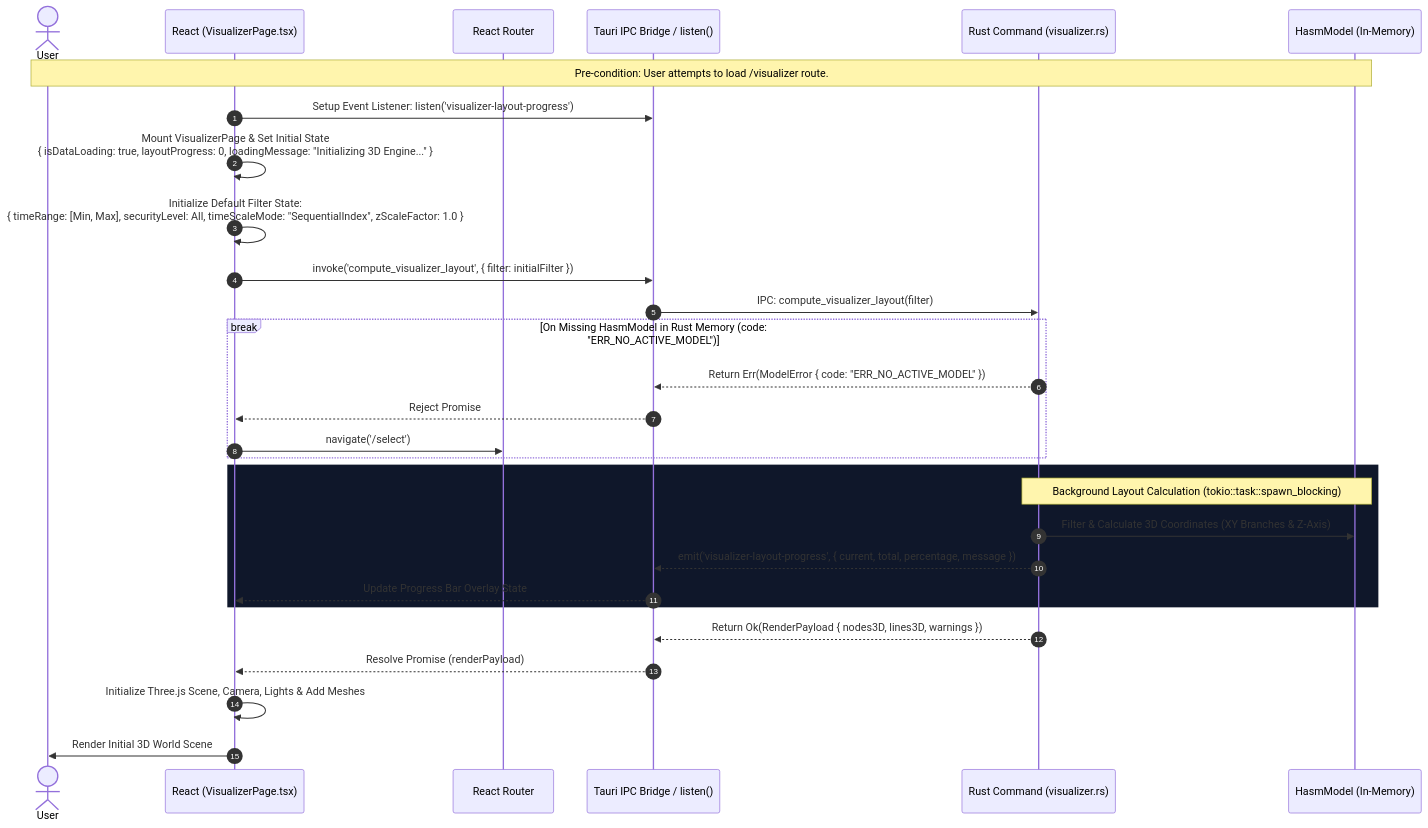
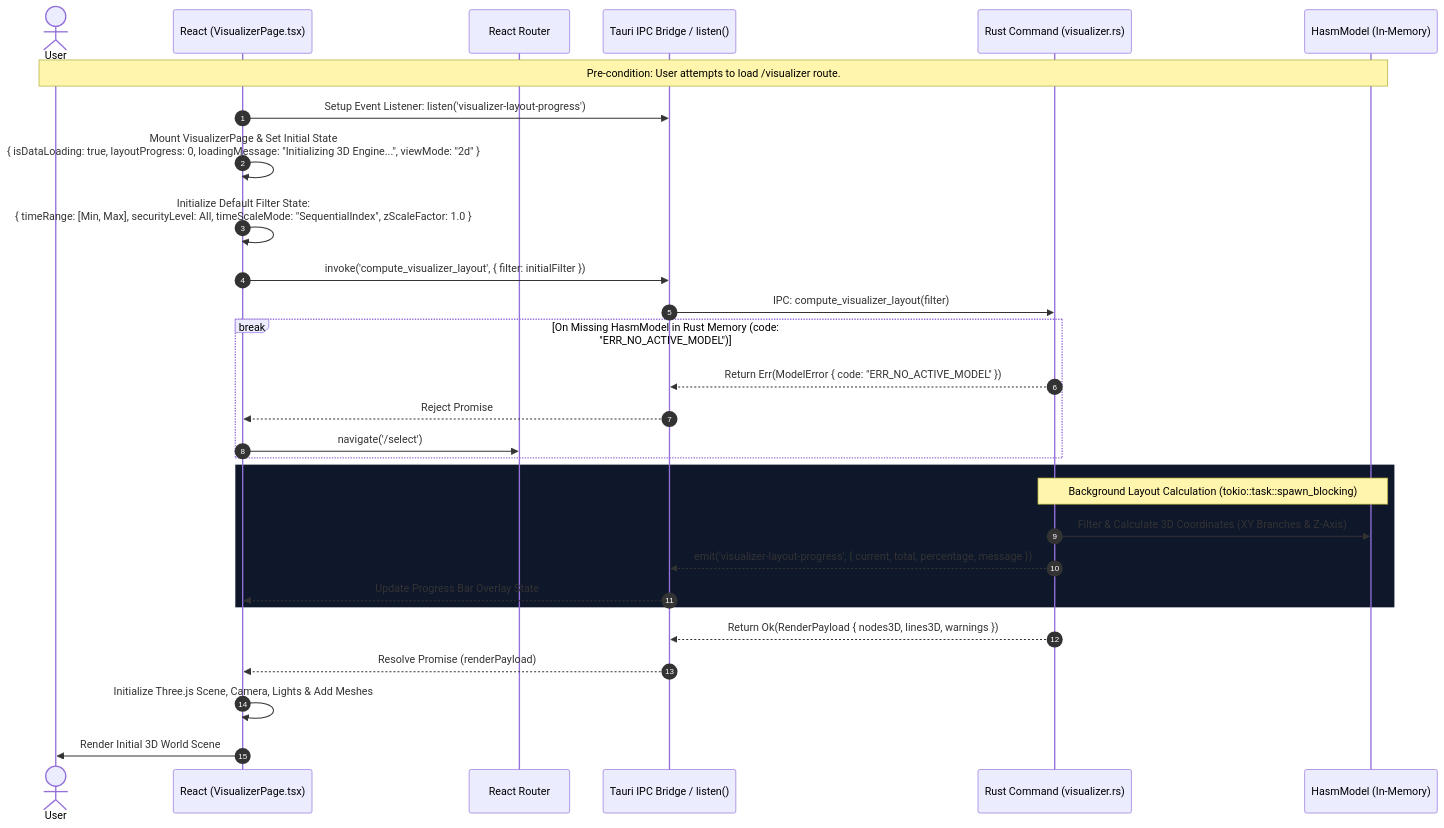
One commit to HibiyaHaraki/hasm changed the first of 3 diagrams in docs/arch/12-SEQ-03_Visualizer.md. Above: the diagram before and after it, drawn with Mermaid. The commit also changed 2 other files, not shown here.

Commit message:
Change test script to 2D as default on visualizer

````diff
--- a/docs/arch/12-SEQ-03_Visualizer.md
+++ b/docs/arch/12-SEQ-03_Visualizer.md
@@ -70,41 +70,41 @@
 ```mermaid
 sequenceDiagram
     autonumber
     actor User as User
     participant React as React (VisualizerPage.tsx)
     participant Router as React Router
     participant Bridge as Tauri IPC Bridge / listen()
     participant Rust as Rust Command (visualizer.rs)
     participant Model as HasmModel (In-Memory)
 
     Note over User,Model: Pre-condition: User attempts to load /visualizer route.
 
     React->>Bridge: Setup Event Listener: listen('visualizer-layout-progress')
-    React->>React: Mount VisualizerPage & Set Initial State<br/>{ isDataLoading: true, layoutProgress: 0, loadingMessage: "Initializing 3D Engine..." }
+    React->>React: Mount VisualizerPage & Set Initial State<br/>{ isDataLoading: true, layoutProgress: 0, loadingMessage: "Initializing 3D Engine...", viewMode: "2d" }
     React->>React: Initialize Default Filter State:<br/>{ timeRange: [Min, Max], securityLevel: All, timeScaleMode: "SequentialIndex", zScaleFactor: 1.0 }
     
     React->>Bridge: invoke('compute_visualizer_layout', { filter: initialFilter })
     Bridge->>Rust: IPC: compute_visualizer_layout(filter)
 
     %% Guard Check
     break On Missing HasmModel in Rust Memory (code: "ERR_NO_ACTIVE_MODEL")
         Rust-->>Bridge: Return Err(ModelError { code: "ERR_NO_ACTIVE_MODEL" })
         Bridge-->>React: Reject Promise
         React->>Router: navigate('/select')
     end
 
     %% Async Layout Stream
     rect rgb(15, 23, 42)
         Note over Rust,Model: Background Layout Calculation (tokio::task::spawn_blocking)
         Rust->>Model: Filter & Calculate 3D Coordinates (XY Branches & Z-Axis)
         Rust-->>Bridge: emit('visualizer-layout-progress', { current, total, percentage, message })
         Bridge-->>React: Update Progress Bar Overlay State
     end
 
     Rust-->>Bridge: Return Ok(RenderPayload { nodes3D, lines3D, warnings })
     Bridge-->>React: Resolve Promise (renderPayload)
     
     React->>React: Initialize Three.js Scene, Camera, Lights & Add Meshes
     React->>User: Render Initial 3D World Scene
 
 ```
````
